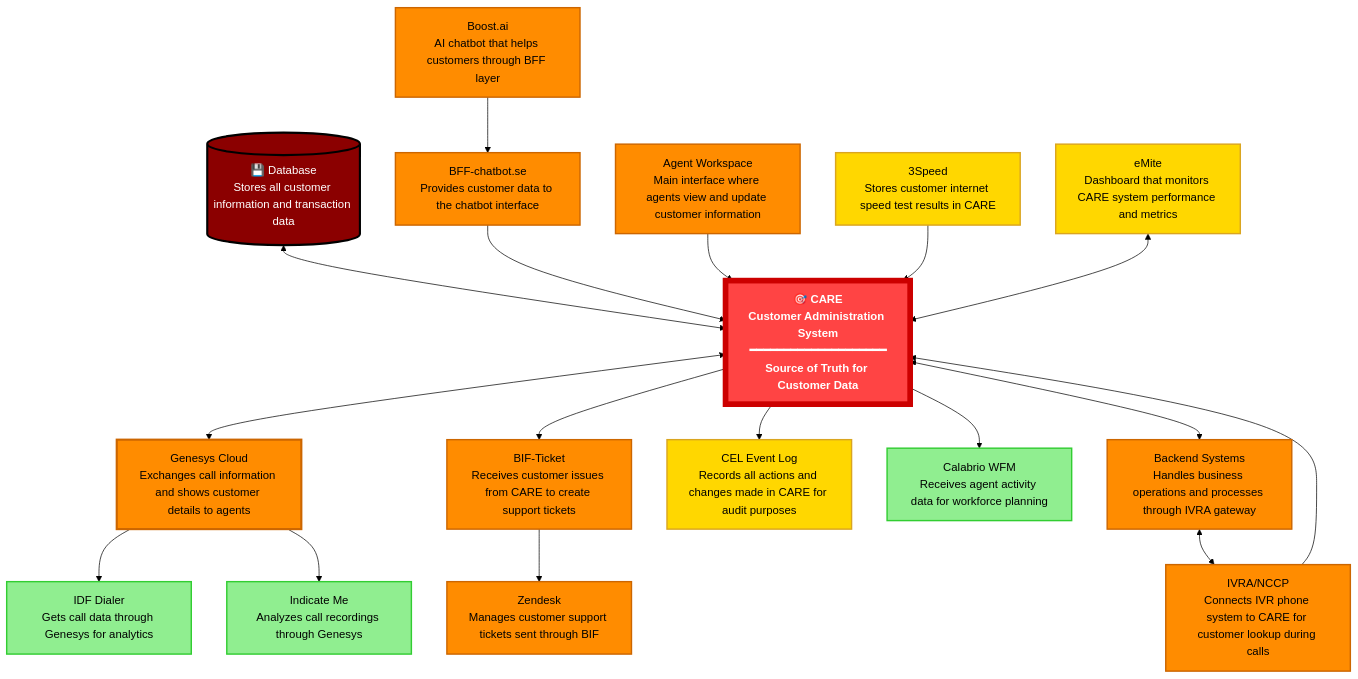
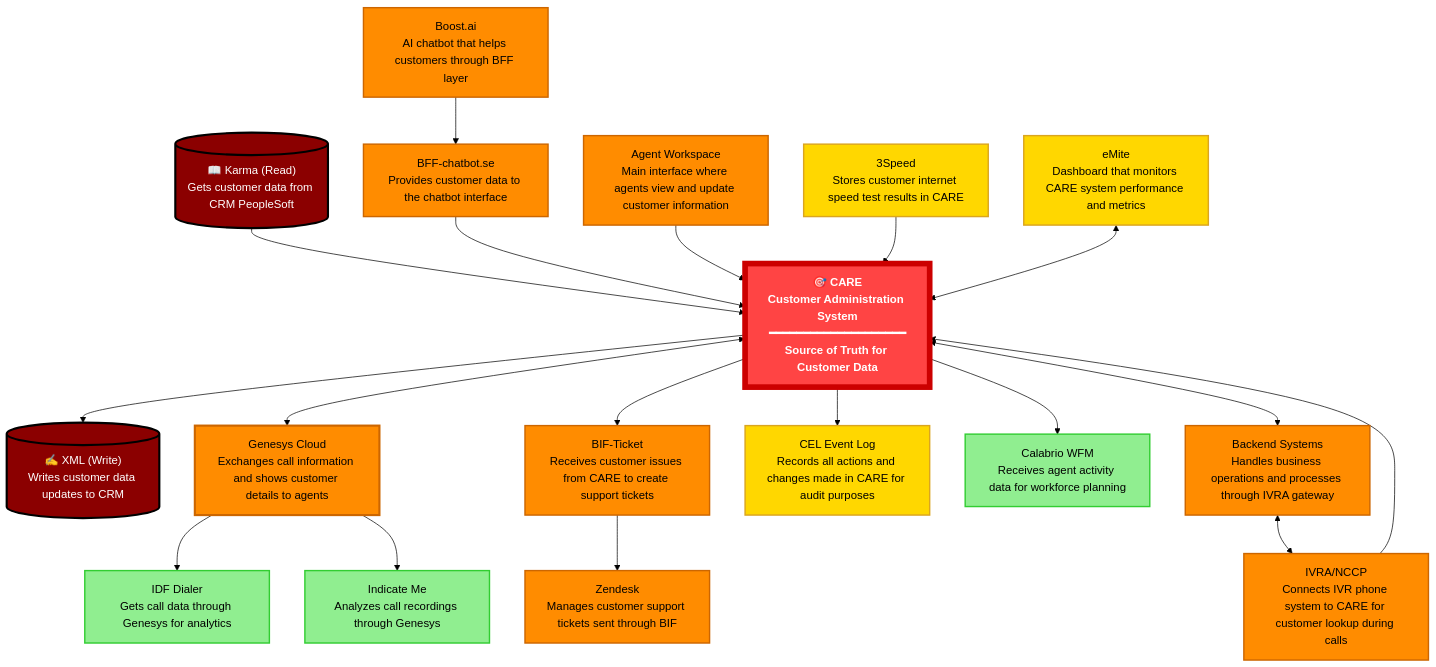
Before and after one commit to gill001-Tre/CCT-apps-understanding-document: the first of 2 diagrams in CARE/Care integration flow.md, drawn with Mermaid (forest theme). The commit also changed other lines of this file and 2 other files, not shown here.

Commit message:
Update CARE architecture: Replace direct database with Karma (read from CRM PeopleSoft) and XML (write)

````diff
--- a/CARE/Care integration flow.md
+++ b/CARE/Care integration flow.md
@@ -19,77 +19,80 @@
 ```mermaid
 graph TD
     CARE["🎯 CARE<br/>Customer Administration System<br/>━━━━━━━━━━━━━━━━━━━━<br/>Source of Truth for Customer Data"]
     
-    %% DATABASE
-    DB[("💾 Database<br/>Stores all customer information and transaction data")]
+    %% CRM INTEGRATION
+    Karma[("📖 Karma (Read)<br/>Gets customer data from CRM PeopleSoft")]
+    XML[("✍️ XML (Write)<br/>Writes customer data updates to CRM")]
     
     %% INBOUND INTEGRATIONS
     IVRA["IVRA/NCCP<br/>Connects IVR phone system to CARE for customer lookup during calls"]
     
     BFF["BFF-chatbot.se<br/>Provides customer data to the chatbot interface"]
     
     Genesys["Genesys Cloud<br/>Exchanges call information and shows customer details to agents"]
     
     Agent["Agent Workspace<br/>Main interface where agents view and update customer information"]
     
     Boost["Boost.ai<br/>AI chatbot that helps customers through BFF layer"]
     
     Speed["3Speed<br/>Stores customer internet speed test results in CARE"]
     
     Emite["eMite<br/>Dashboard that monitors CARE system performance and metrics"]
     
     %% OUTBOUND INTEGRATIONS
     BIF["BIF-Ticket<br/>Receives customer issues from CARE to create support tickets"]
     
     Zendesk["Zendesk<br/>Manages customer support tickets sent through BIF"]
     
     CEL["CEL Event Log<br/>Records all actions and changes made in CARE for audit purposes"]
     
     Calabrio["Calabrio WFM<br/>Receives agent activity data for workforce planning"]
     
     IDF["IDF Dialer<br/>Gets call data through Genesys for analytics"]
     
     Indicate["Indicate Me<br/>Analyzes call recordings through Genesys"]
     
     %% BACKEND SYSTEMS
     Backend["Backend Systems<br/>Handles business operations and processes through IVRA gateway"]
     
     %% CONNECTIONS
-    DB <--> CARE
+    Karma --> CARE
+    CARE --> XML
     
     IVRA --> CARE
     BFF --> CARE
     Agent --> CARE
     Speed --> CARE
     Emite <--> CARE
     Boost --> BFF
     
     CARE <--> Genesys
     CARE --> BIF
     CARE --> CEL
     CARE --> Calabrio
     CARE <--> Backend
     Backend <--> IVRA
     
     BIF --> Zendesk
     Genesys --> IDF
     Genesys --> Indicate
     
     %% STYLING
     style CARE fill:#ff4444,stroke:#cc0000,stroke-width:8px,color:#fff,font-weight:bold,font-size:16px
-    style DB fill:#8b0000,stroke:#000,stroke-width:3px,color:#fff
+    style Karma fill:#8b0000,stroke:#000,stroke-width:3px,color:#fff
+    style XML fill:#8b0000,stroke:#000,stroke-width:3px,color:#fff
     style Genesys fill:#ff8c00,stroke:#cc6600,stroke-width:3px
     style IVRA fill:#ff8c00,stroke:#cc6600,stroke-width:2px
     style BFF fill:#ff8c00,stroke:#cc6600,stroke-width:2px
     style BIF fill:#ff8c00,stroke:#cc6600,stroke-width:2px
     style Agent fill:#ff8c00,stroke:#cc6600,stroke-width:2px
     style Backend fill:#ff8c00,stroke:#cc6600,stroke-width:2px
     style Boost fill:#ff8c00,stroke:#cc6600,stroke-width:2px
     style Zendesk fill:#ff8c00,stroke:#cc6600,stroke-width:2px
     style Speed fill:#ffd700,stroke:#daa520,stroke-width:2px
     style Emite fill:#ffd700,stroke:#daa520,stroke-width:2px
     style CEL fill:#ffd700,stroke:#daa520,stroke-width:2px
     style Calabrio fill:#90ee90,stroke:#32cd32,stroke-width:2px
     style IDF fill:#90ee90,stroke:#32cd32,stroke-width:2px
     style Indicate fill:#90ee90,stroke:#32cd32,stroke-width:2px
 ```
````
